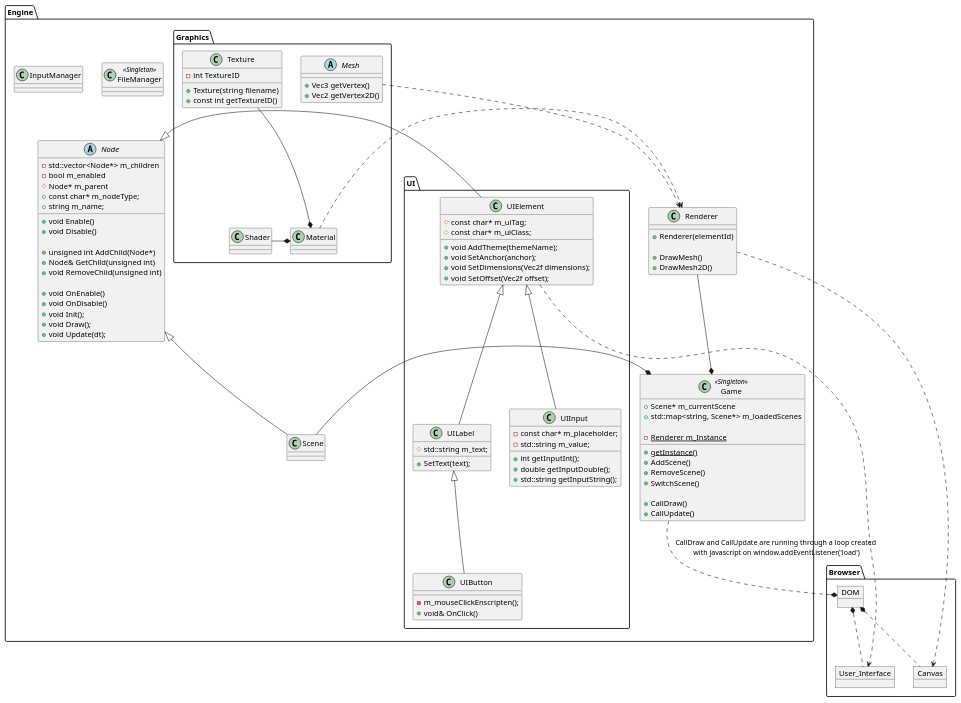
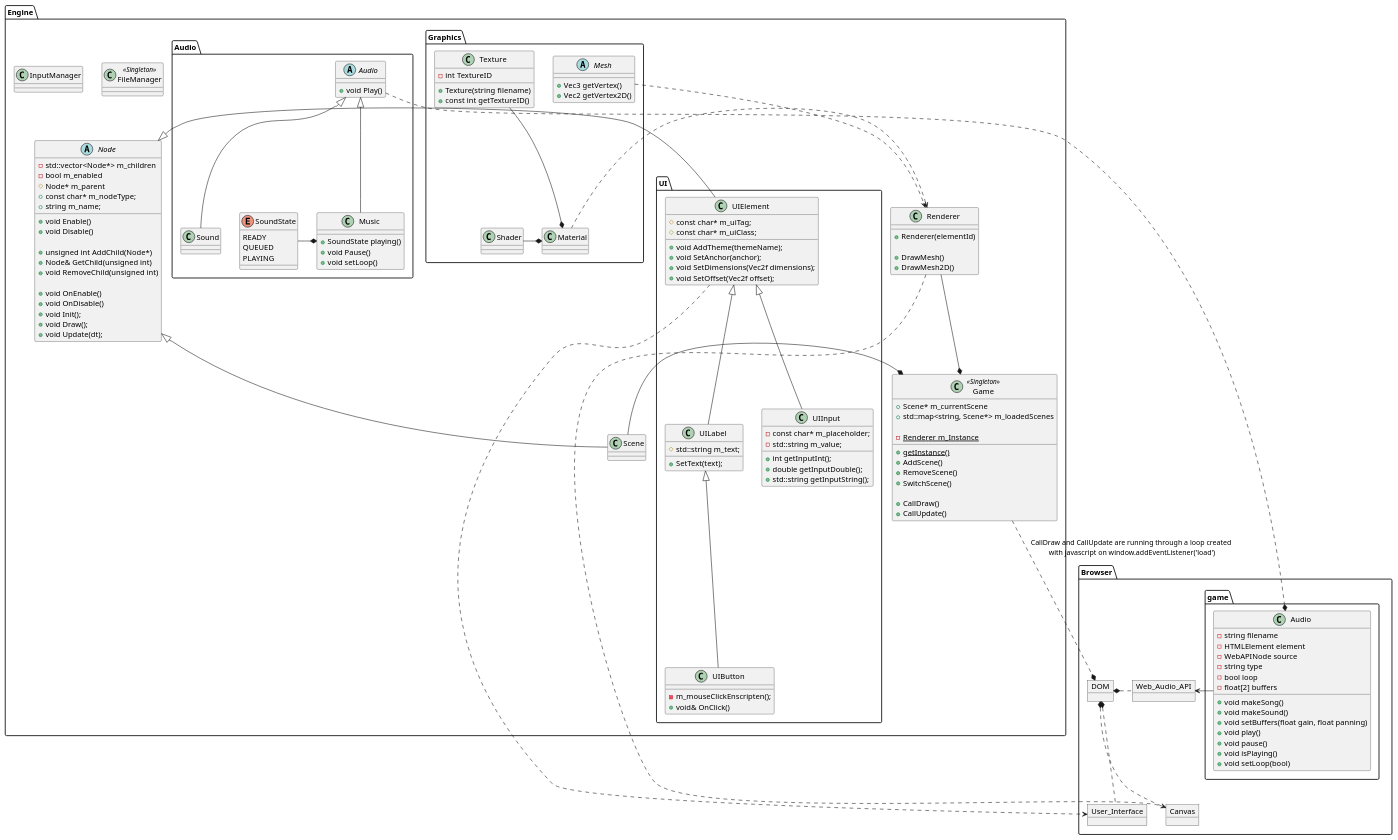
Before and after one commit to MesaGuildeTeam/Carpenter-Engine: the diagram in docs/architecture.puml, drawn with PlantUML.

Commit message:
docs: documented audio module architecture

```diff
--- a/docs/architecture.puml
+++ b/docs/architecture.puml
@@ -1,144 +1,182 @@
 @startuml EngineArchitecture
 
 namespace Engine {
   class Renderer {
     + {method} Renderer(elementId)
     
     + {method} DrawMesh()
     + {method} DrawMesh2D()
   }
 
   class FileManager <<Singleton>> {
     
   }
 
   class Game <<Singleton>> {
     + Scene* m_currentScene
     + std::map<string, Scene*> m_loadedScenes
 
     - {static} Renderer m_Instance
     + {static} {method} getInstance()
 
     
     + {method} AddScene()
     + {method} RemoveScene()
     + {method} SwitchScene()
 
     + {method} CallDraw()
     + {method} CallUpdate()
   }
   
   abstract Node {
     - std::vector<Node*> m_children
     - bool m_enabled
     # Node* m_parent
     + const char* m_nodeType;
     + string m_name;
 
     + {method} void Enable()
     + {method} void Disable()
 
     + {method} unsigned int AddChild(Node*)
     + {method} Node& GetChild(unsigned int)
     + {method} void RemoveChild(unsigned int)
 
     + {method} void OnEnable()
     + {method} void OnDisable()
     + {method} void Init();
     + {method} void Draw();
     + {method} void Update(dt);
   }
 
   class Scene extends Node
 
   class InputManager {
 
   }
 
   Scene -* Game
   Renderer --* Game
 
   namespace UI {
     class UIElement {
       # const char* m_uiTag;
       # const char* m_uiClass;
 
       + {method} void AddTheme(themeName);
       + {method} void SetAnchor(anchor);
       + {method} void SetDimensions(Vec2f dimensions);
       + {method} void SetOffset(Vec2f offset);
     }
 
     class UILabel extends UIElement {
       # std::string m_text;
 
       + {method} SetText(text);
     }
 
     class UIButton extends UILabel {
       - {method} m_mouseClickEnscripten();
       + void& OnClick()
     }
 
     class UIInput extends UIElement {
       - const char* m_placeholder;
       - std::string m_value;
 
       + {method} int getInputInt();
       + {method} double getInputDouble();
       + {method} std::string getInputString();
     }
   }
 
   UI.UIElement -|> Node
 
   namespace Graphics {
     abstract Mesh {
       + {method} Vec3 getVertex()
       + {method} Vec2 getVertex2D()
     }
 
     class Texture {
       - int TextureID
       + {method} Texture(string filename)
       + {method} const int getTextureID()
     }
 
     class Shader {
 
     }
 
     class Material {
 
     }
 
     Texture --* Material    
     Shader -* Material
   }
 
+  namespace Audio {
+    enum SoundState {
+      READY
+      QUEUED
+      PLAYING
+    }
+
+    abstract Audio {
+      + void Play()
+    }
+
+    class Sound extends Audio {
+      
+    }
+
+    class Music extends Audio {
+      + SoundState playing()
+      + void Pause()
+      + void setLoop()
+    }
+
+    SoundState -* Music
+  }
+
   Graphics.Material .> Renderer 
   Graphics.Mesh .> Renderer 
 }
 
 namespace Browser {
-  Object Canvas {
+  Object Canvas
+  Object User_Interface
+  Object DOM
+  Object Web_Audio_API
 
-  }
+  class game.Audio {
+    - string filename
+    - HTMLElement element
+    - WebAPINode source
+    - string type
+    - bool loop
+    - float[2] buffers
 
-  Object User_Interface {
-
-  }
-
-  Object DOM {
-
+    + {method} void makeSong()
+    + {method} void makeSound()
+    + {method} void setBuffers(float gain, float panning)
+    + {method} void play()
+    + {method} void pause()
+    + {method} void isPlaying()
+    + {method} void setLoop(bool)
   }
 
   DOM *.. User_Interface
   DOM *.. Canvas
+  DOM *. Web_Audio_API
+
+  game.Audio -> Web_Audio_API
 }
 
 Engine.Renderer .> Browser.Canvas
 Engine.Game ..* Browser.DOM : "CallDraw and CallUpdate are running through a loop created \nwith javascript on window.addEventListener('load')"
 Engine.UI.UIElement ..> Browser.User_Interface
+Engine.Audio.Audio ..* Browser.game.Audio
 
 @enduml
```
